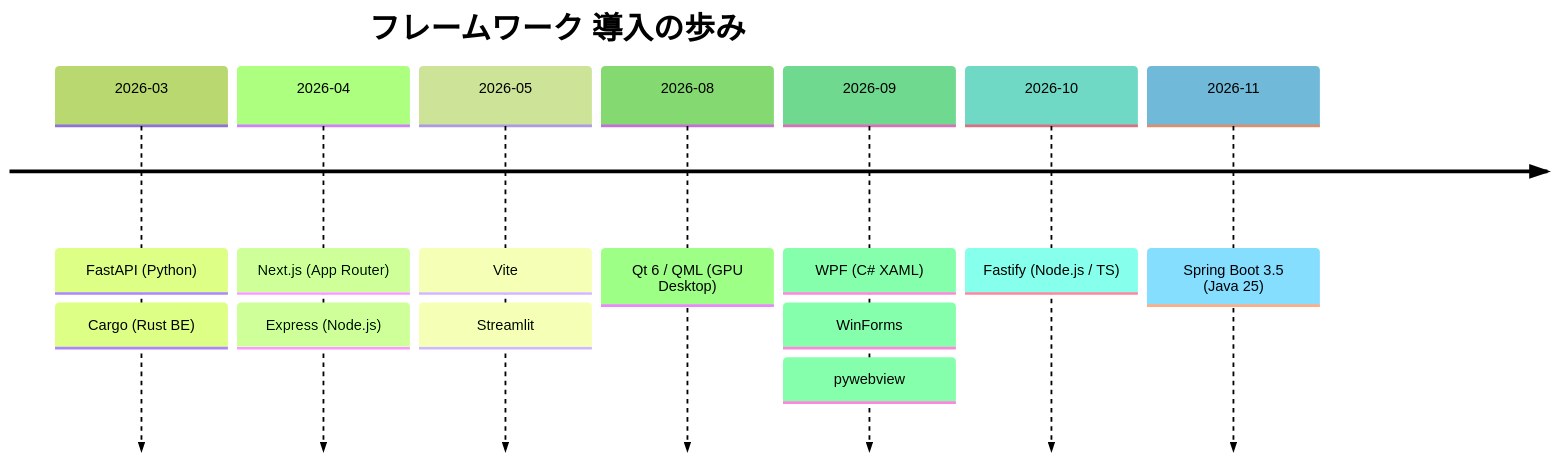
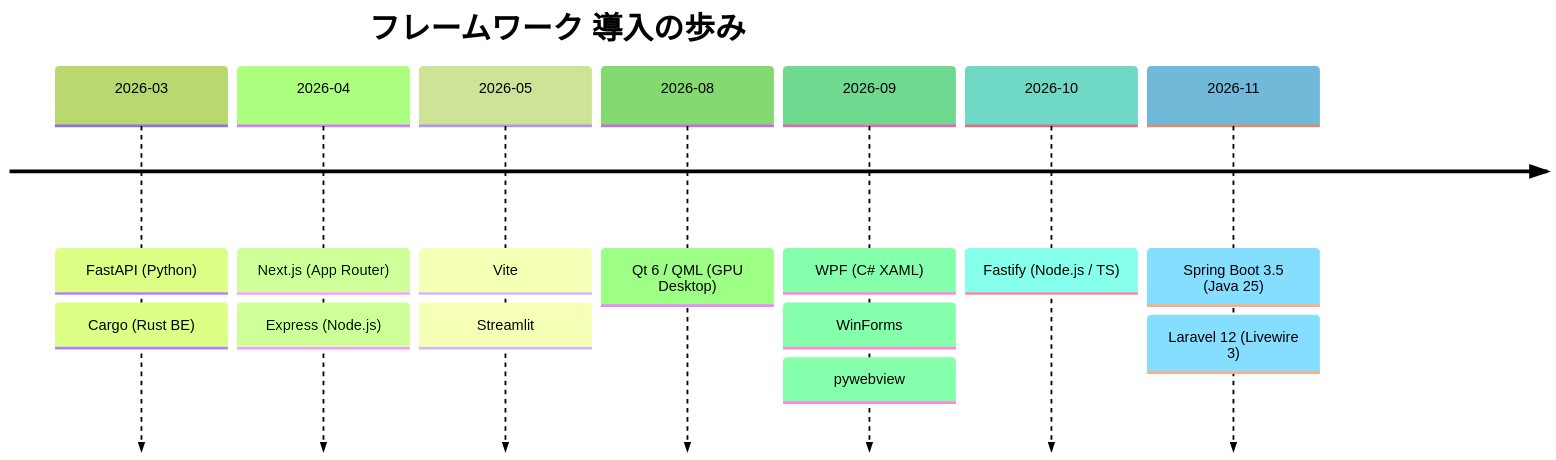
Before and after one commit to maktak-105/myskill-manage: the second of 5 diagrams in tech_acquisition_matrix.md, drawn with Mermaid (forest theme). The commit also changed other lines of this file and 7 other files, not shown here.

````diff
--- a/tech_acquisition_matrix.md
+++ b/tech_acquisition_matrix.md
@@ -48,11 +49,11 @@
 ```mermaid
 timeline
     title フレームワーク 導入の歩み
     2026-03 : FastAPI (Python) : Cargo (Rust BE)
     2026-04 : Next.js (App Router) : Express (Node.js)
     2026-05 : Vite : Streamlit
     2026-08 : Qt 6 / QML (GPU Desktop)
     2026-09 : WPF (C# XAML) : WinForms : pywebview
     2026-10 : Fastify (Node.js / TS)
-    2026-11 : Spring Boot 3.5 (Java 25)
+    2026-11 : Spring Boot 3.5 (Java 25) : Laravel 12 (Livewire 3)
 ```
````
